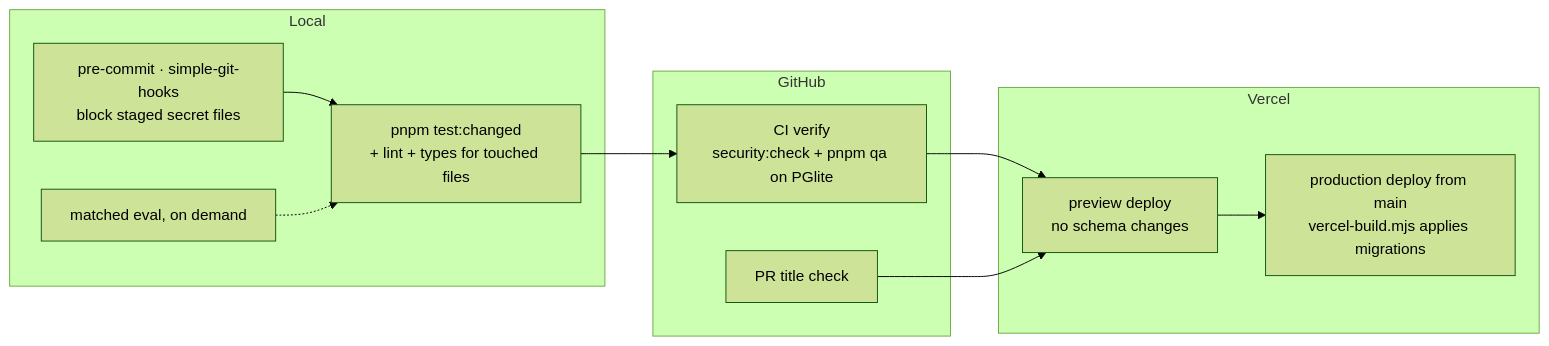
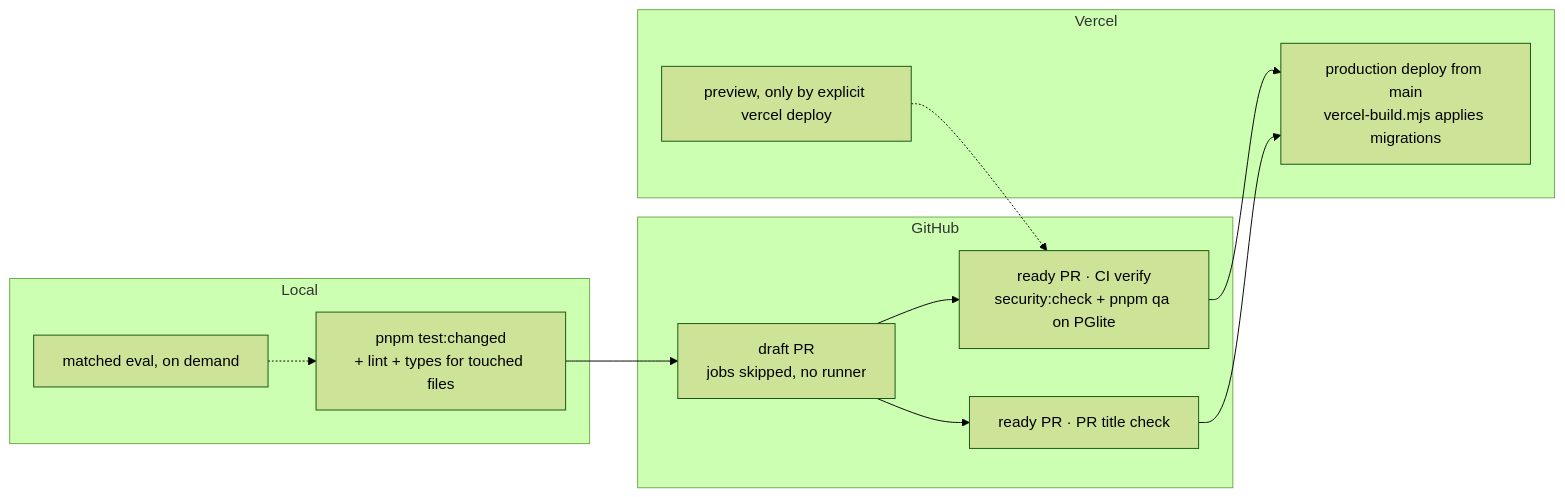
Before and after one commit to gaboesquivel/flow-signal: the fourth of 5 diagrams in docs/harness/dev-loop.md, drawn with Mermaid (forest theme). The commit also changed other lines of this file and 67 other files, not shown here.

First line of the commit message:
chore(flow): align Signal's workflow with Flow main (spec 048, per-session prompt logs)

````diff
--- a/docs/harness/dev-loop.md
+++ b/docs/harness/dev-loop.md
@@ -54,19 +54,20 @@
 ```mermaid
 flowchart LR
   subgraph Local
-    PC[pre-commit · simple-git-hooks<br/>block staged secret files]
     TC[pnpm test:changed<br/>+ lint + types for touched files]
     EV[matched eval, on demand]
   end
   subgraph GitHub
-    CI[CI verify<br/>security:check + pnpm qa on PGlite]
-    PT[PR title check]
+    DR[draft PR<br/>jobs skipped, no runner]
+    CI[ready PR · CI verify<br/>security:check + pnpm qa on PGlite]
+    PT[ready PR · PR title check]
   end
   subgraph Vercel
-    PV[preview deploy<br/>no schema changes]
+    PV[preview, only by explicit vercel deploy]
     PR[production deploy from main<br/>vercel-build.mjs applies migrations]
   end
-  PC --> TC --> CI --> PV --> PR
-  PT --> PV
+  TC --> DR --> CI --> PR
+  DR --> PT --> PR
+  PV -.-> CI
   EV -.-> TC
 ```
````
